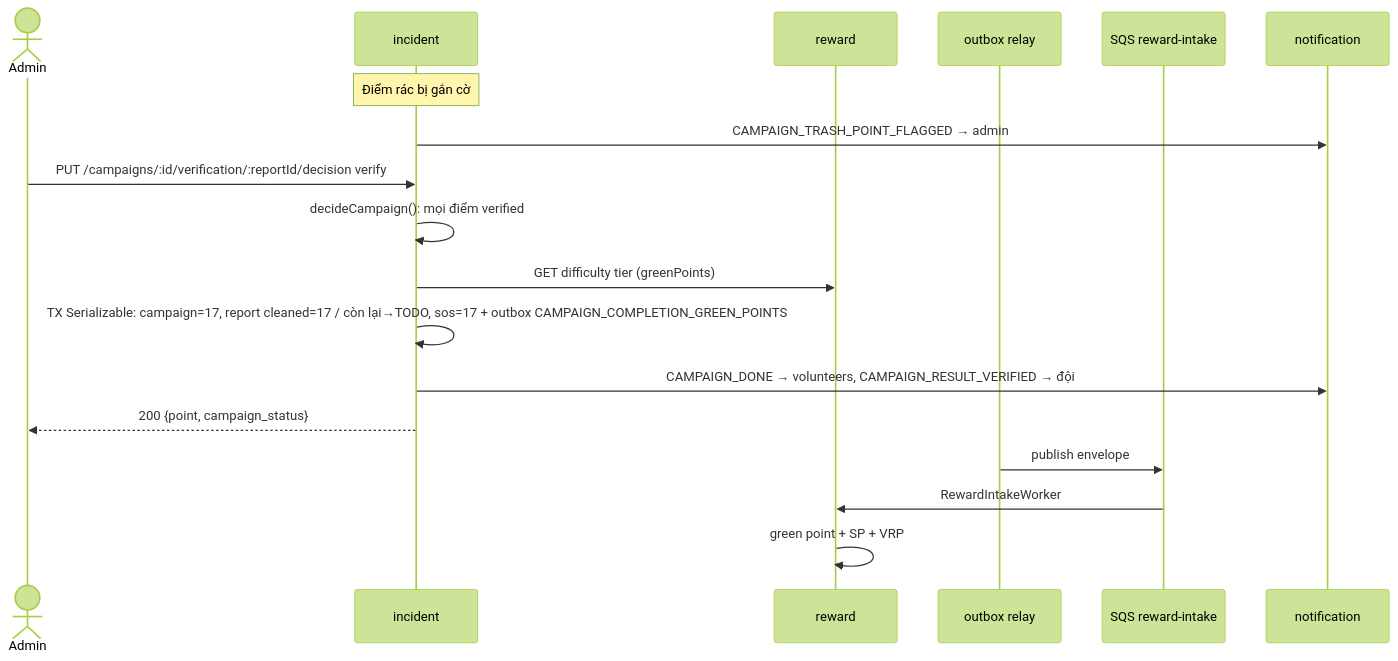
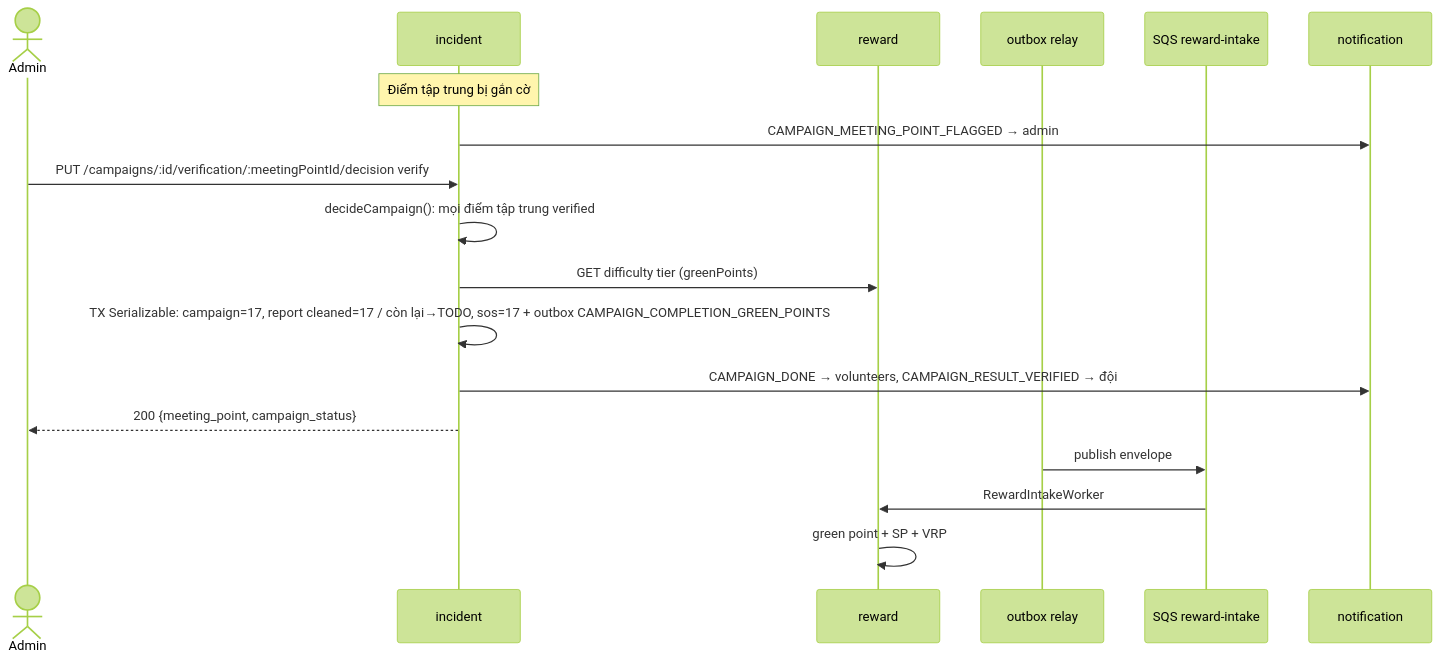
One commit to DOAN2-UQT-KN/ecolink-docs changed diagram 22 of 28 in 02-business-flows.md. Above: the diagram before and after it, drawn with Mermaid (forest theme). The commit also changed other lines of this file and 9 other files, not shown here.

Commit message:
docs: xác thực kết quả theo điểm tập trung (spec bản 2): bầu chọn, quyết định, admin xử lý cờ và mở lại ca theo điểm rác chưa đạt; bảng meeting_point_*, kind CAMPAIGN_MEETING_POINT_*, mã lỗi MEETING_POINT_*

````diff
--- a/02-business-flows.md
+++ b/02-business-flows.md
@@ -978,20 +979,20 @@
 ```mermaid
 sequenceDiagram
   actor A as Admin
   participant INC as incident
   participant RW as reward
   participant RL as outbox relay
   participant Q as SQS reward-intake
   participant NS as notification
-  Note over INC: Điểm rác bị gắn cờ
-  INC->>NS: CAMPAIGN_TRASH_POINT_FLAGGED → admin
-  A->>INC: PUT /campaigns/:id/verification/:reportId/decision verify
-  INC->>INC: decideCampaign(): mọi điểm verified
+  Note over INC: Điểm tập trung bị gắn cờ
+  INC->>NS: CAMPAIGN_MEETING_POINT_FLAGGED → admin
+  A->>INC: PUT /campaigns/:id/verification/:meetingPointId/decision verify
+  INC->>INC: decideCampaign(): mọi điểm tập trung verified
   INC->>RW: GET difficulty tier (greenPoints)
   INC->>INC: TX Serializable: campaign=17, report cleaned=17 / còn lại→TODO, sos=17 + outbox CAMPAIGN_COMPLETION_GREEN_POINTS
   INC->>NS: CAMPAIGN_DONE → volunteers, CAMPAIGN_RESULT_VERIFIED → đội
-  INC-->>A: 200 {point, campaign_status}
+  INC-->>A: 200 {meeting_point, campaign_status}
   RL->>Q: publish envelope
   Q->>RW: RewardIntakeWorker
   RW->>RW: green point + SP + VRP
 ```
````
